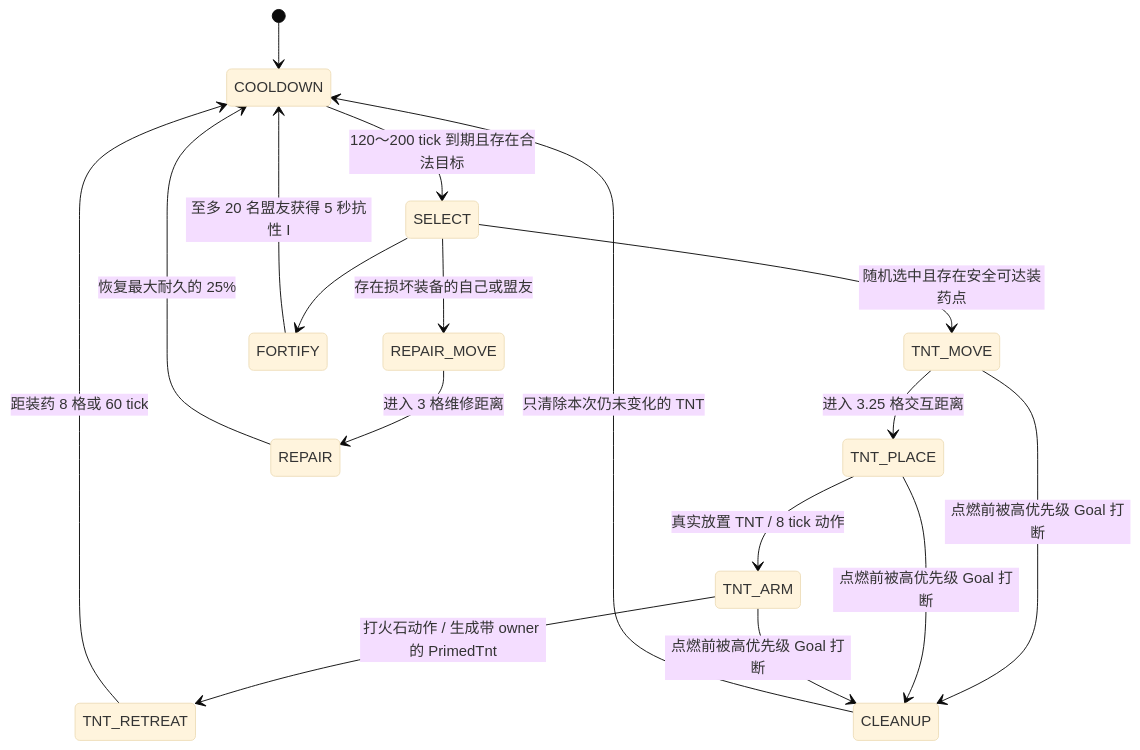
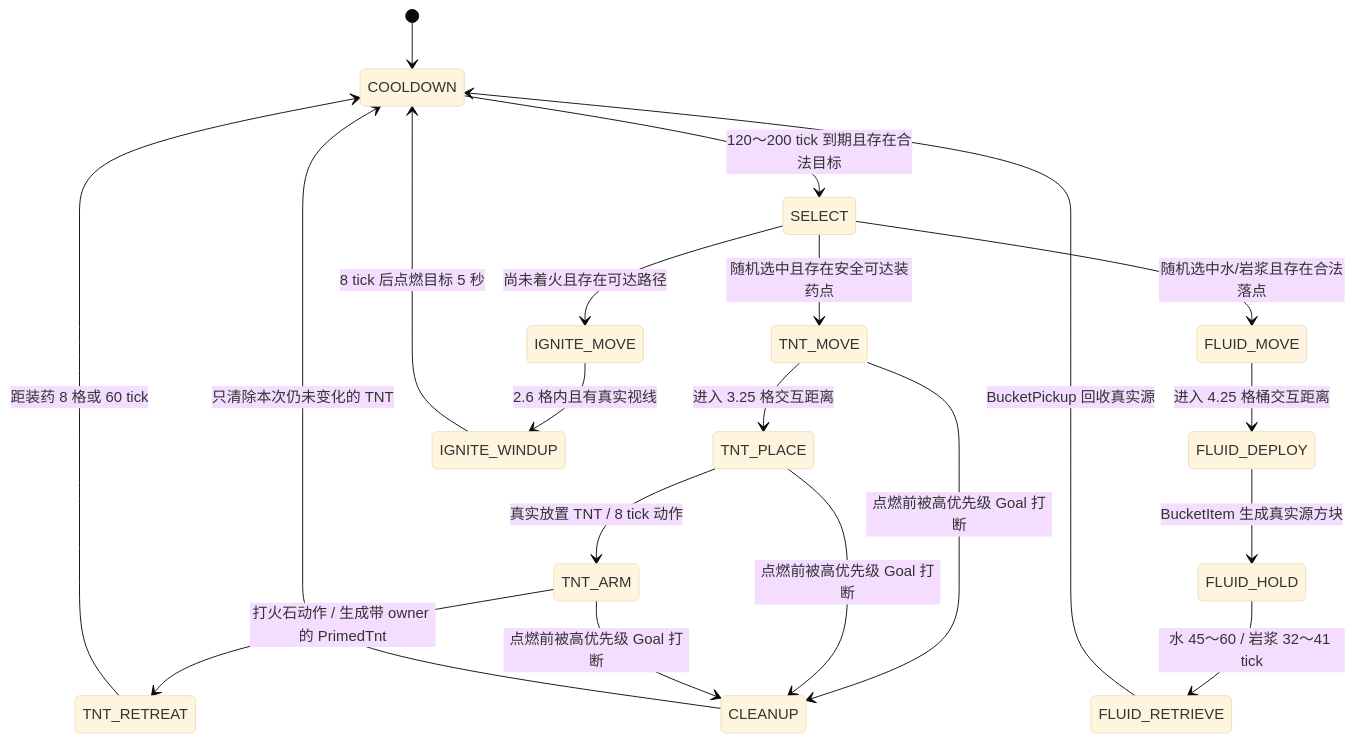
The second of 3 diagrams in ARCHITECTURE_PROPOSAL.md (WJZ-P/MobsThinkNow), drawn with Mermaid (base theme) before and after one commit. The commit also changed other lines of this file and 1 other file, not shown here.

````diff
--- a/ARCHITECTURE_PROPOSAL.md
+++ b/ARCHITECTURE_PROPOSAL.md
@@ -148,19 +152,22 @@
 ```mermaid
 stateDiagram-v2
     [*] --> COOLDOWN
     COOLDOWN --> SELECT: 120～200 tick 到期且存在合法目标
     SELECT --> TNT_MOVE: 随机选中且存在安全可达装药点
     TNT_MOVE --> TNT_PLACE: 进入 3.25 格交互距离
     TNT_PLACE --> TNT_ARM: 真实放置 TNT / 8 tick 动作
     TNT_ARM --> TNT_RETREAT: 打火石动作 / 生成带 owner 的 PrimedTnt
     TNT_RETREAT --> COOLDOWN: 距装药 8 格或 60 tick
-    SELECT --> REPAIR_MOVE: 存在损坏装备的自己或盟友
-    REPAIR_MOVE --> REPAIR: 进入 3 格维修距离
-    REPAIR --> COOLDOWN: 恢复最大耐久的 25%
-    SELECT --> FORTIFY
-    FORTIFY --> COOLDOWN: 至多 20 名盟友获得 5 秒抗性 I
+    SELECT --> FLUID_MOVE: 随机选中水/岩浆且存在合法落点
+    FLUID_MOVE --> FLUID_DEPLOY: 进入 4.25 格桶交互距离
+    FLUID_DEPLOY --> FLUID_HOLD: BucketItem 生成真实源方块
+    FLUID_HOLD --> FLUID_RETRIEVE: 水 45～60 / 岩浆 32～41 tick
+    FLUID_RETRIEVE --> COOLDOWN: BucketPickup 回收真实源
+    SELECT --> IGNITE_MOVE: 尚未着火且存在可达路径
+    IGNITE_MOVE --> IGNITE_WINDUP: 2.6 格内且有真实视线
+    IGNITE_WINDUP --> COOLDOWN: 8 tick 后点燃目标 5 秒
     TNT_MOVE --> CLEANUP: 点燃前被高优先级 Goal 打断
     TNT_PLACE --> CLEANUP: 点燃前被高优先级 Goal 打断
     TNT_ARM --> CLEANUP: 点燃前被高优先级 Goal 打断
     CLEANUP --> COOLDOWN: 只清除本次仍未变化的 TNT
 ```
````
